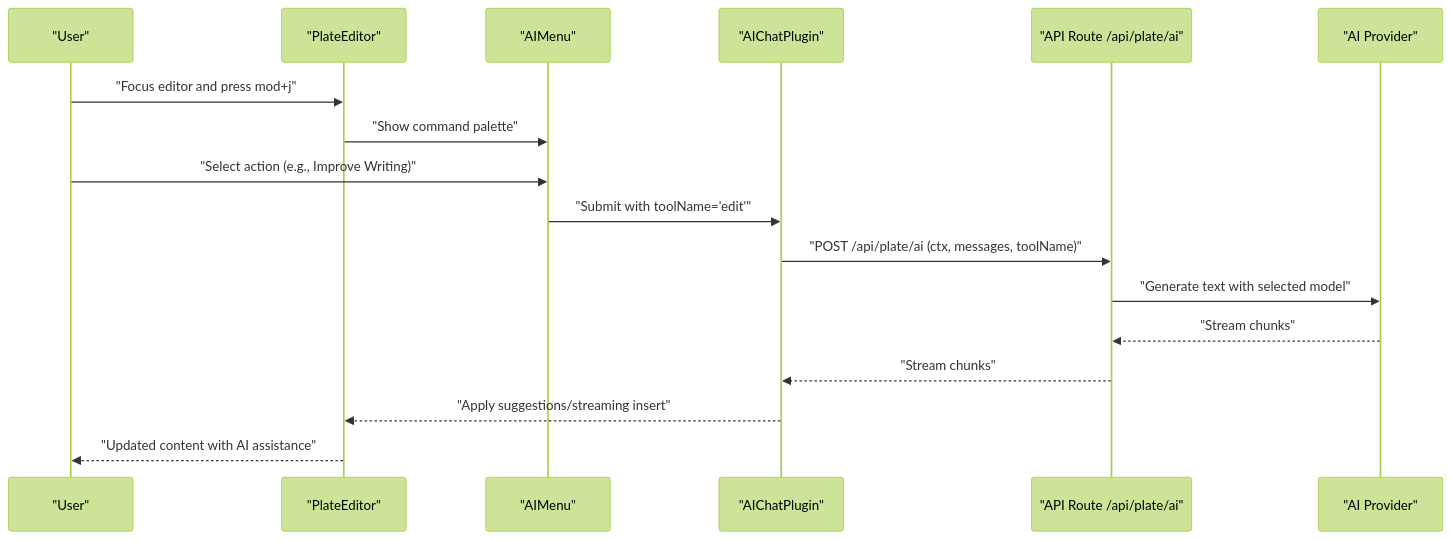
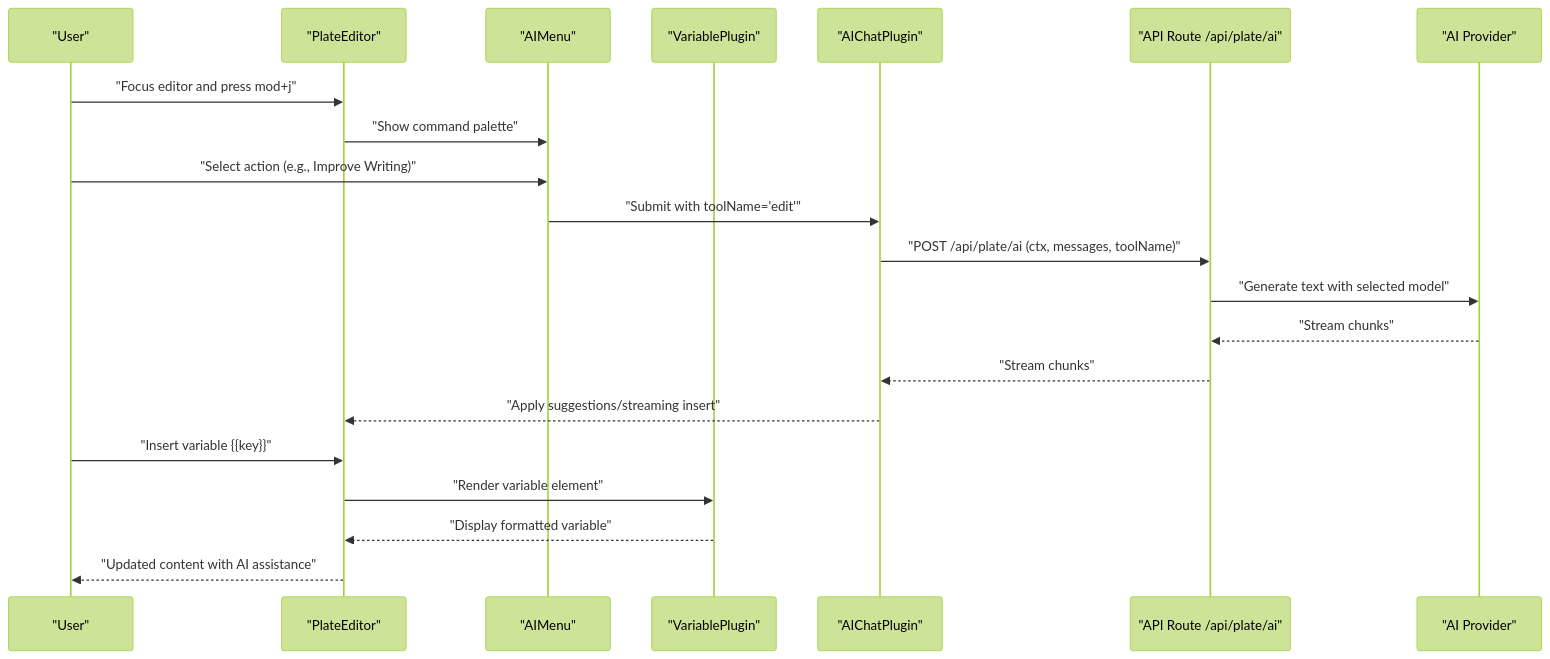
The second of 8 diagrams in .qoder/repowiki/en/content/Document Management and AI Editor/AI-Assisted Document Editing.md (SinesysTech/zattar-os), drawn with Mermaid (forest theme) before and after one commit. The commit also changed other lines of this file and 12 other files, not shown here.

````diff
--- a/.qoder/repowiki/en/content/Document Management and AI Editor/AI-Assisted Document Editing.md
+++ b/.qoder/repowiki/en/content/Document Management and AI Editor/AI-Assisted Document Editing.md
@@ -112,19 +135,23 @@
 ```mermaid
 sequenceDiagram
 participant User as "User"
 participant Editor as "PlateEditor"
 participant Menu as "AIMenu"
+participant VarPlugin as "VariablePlugin"
 participant Chat as "AIChatPlugin"
 participant API as "API Route /api/plate/ai"
 participant Provider as "AI Provider"
 User->>Editor : "Focus editor and press mod+j"
 Editor->>Menu : "Show command palette"
 User->>Menu : "Select action (e.g., Improve Writing)"
 Menu->>Chat : "Submit with toolName='edit'"
 Chat->>API : "POST /api/plate/ai (ctx, messages, toolName)"
 API->>Provider : "Generate text with selected model"
 Provider-->>API : "Stream chunks"
 API-->>Chat : "Stream chunks"
 Chat-->>Editor : "Apply suggestions/streaming insert"
+User->>Editor : "Insert variable {{key}}"
+Editor->>VarPlugin : "Render variable element"
+VarPlugin-->>Editor : "Display formatted variable"
 Editor-->>User : "Updated content with AI assistance"
 ```
````
